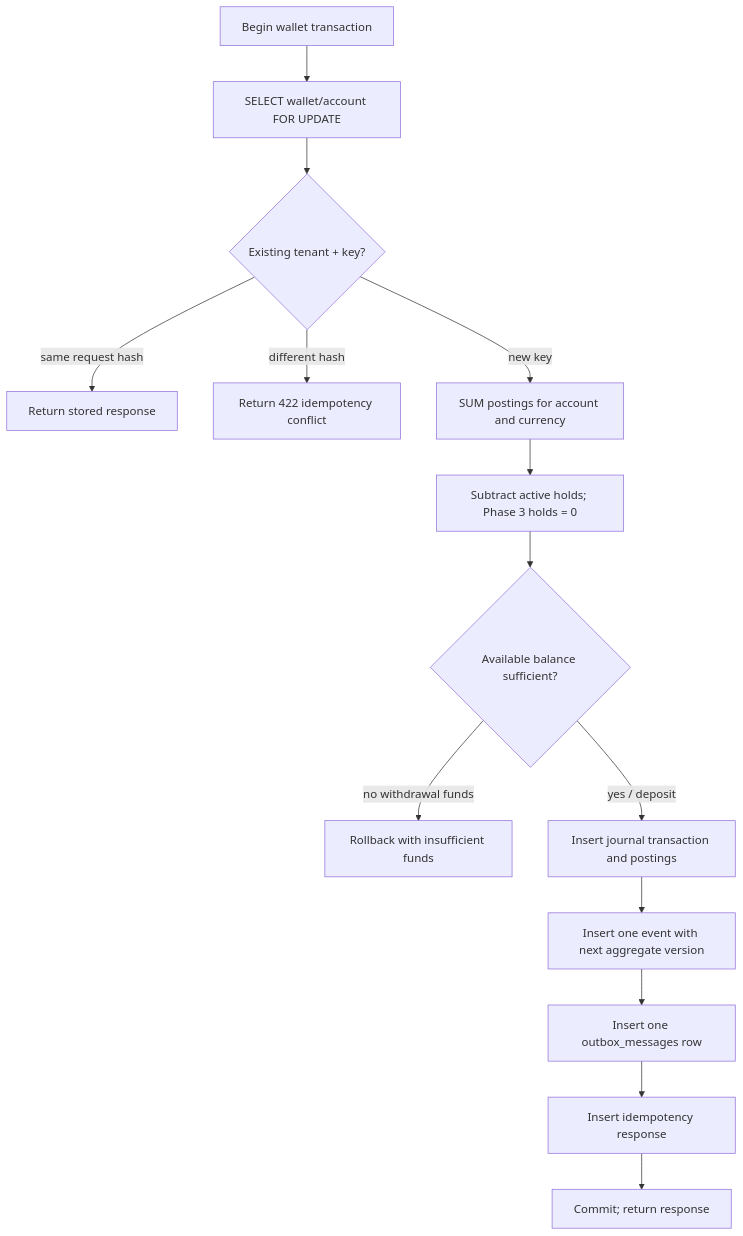
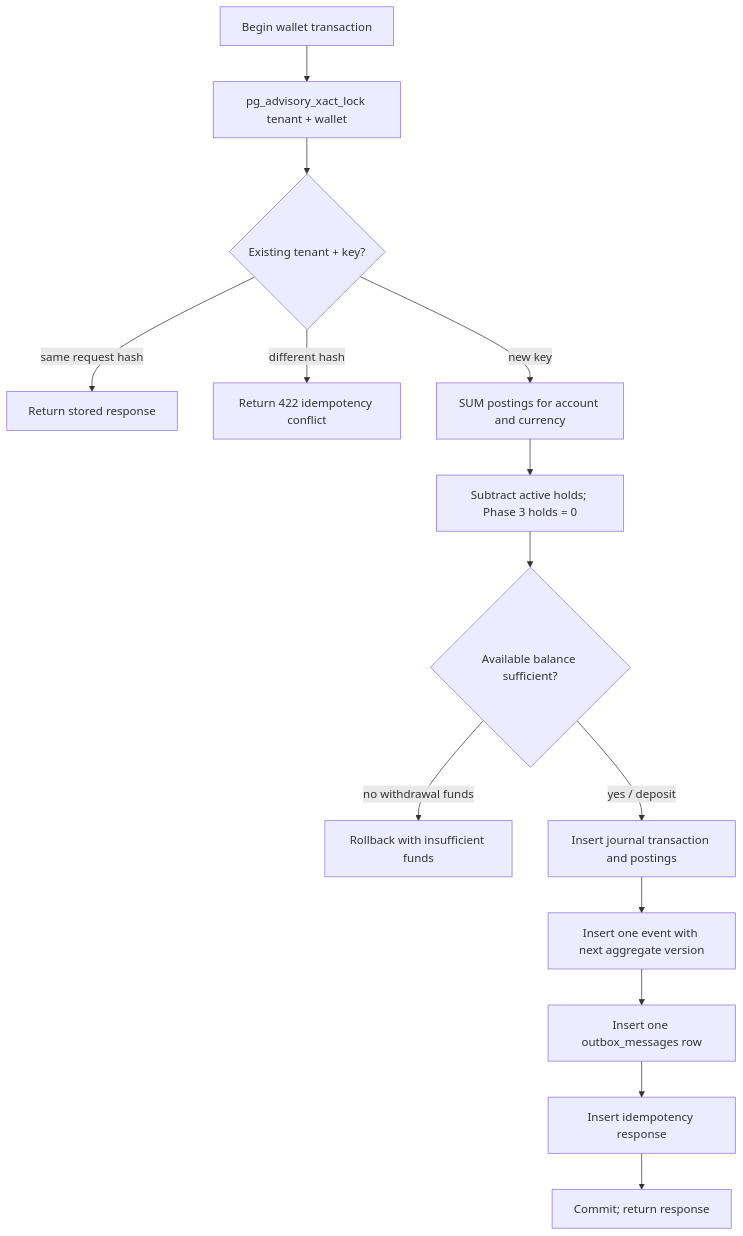
The second of 4 diagrams in docs/data-model.md (prajexec/Wallet), drawn with Mermaid before and after one commit. The commit also changed other lines of this file and 6 other files, not shown here.

````diff
--- a/docs/data-model.md
+++ b/docs/data-model.md
@@ -91,16 +93,16 @@
 ```mermaid
 flowchart TD
-    Begin[Begin wallet transaction] --> Lock[SELECT wallet/account FOR UPDATE]
+    Begin[Begin wallet transaction] --> Lock[pg_advisory_xact_lock tenant + wallet]
     Lock --> Idempotency{Existing tenant + key?}
     Idempotency -->|same request hash| Replay[Return stored response]
     Idempotency -->|different hash| Conflict[Return 422 idempotency conflict]
     Idempotency -->|new key| Balance[SUM postings for account and currency]
     Balance --> Holds[Subtract active holds; Phase 3 holds = 0]
     Holds --> Sufficient{Available balance sufficient?}
     Sufficient -->|no withdrawal funds| Reject[Rollback with insufficient funds]
     Sufficient -->|yes / deposit| Journal[Insert journal transaction and postings]
     Journal --> Event[Insert one event with next aggregate version]
     Event --> Outbox[Insert one outbox_messages row]
     Outbox --> Record[Insert idempotency response]
     Record --> Commit[Commit; return response]
 ```
````
